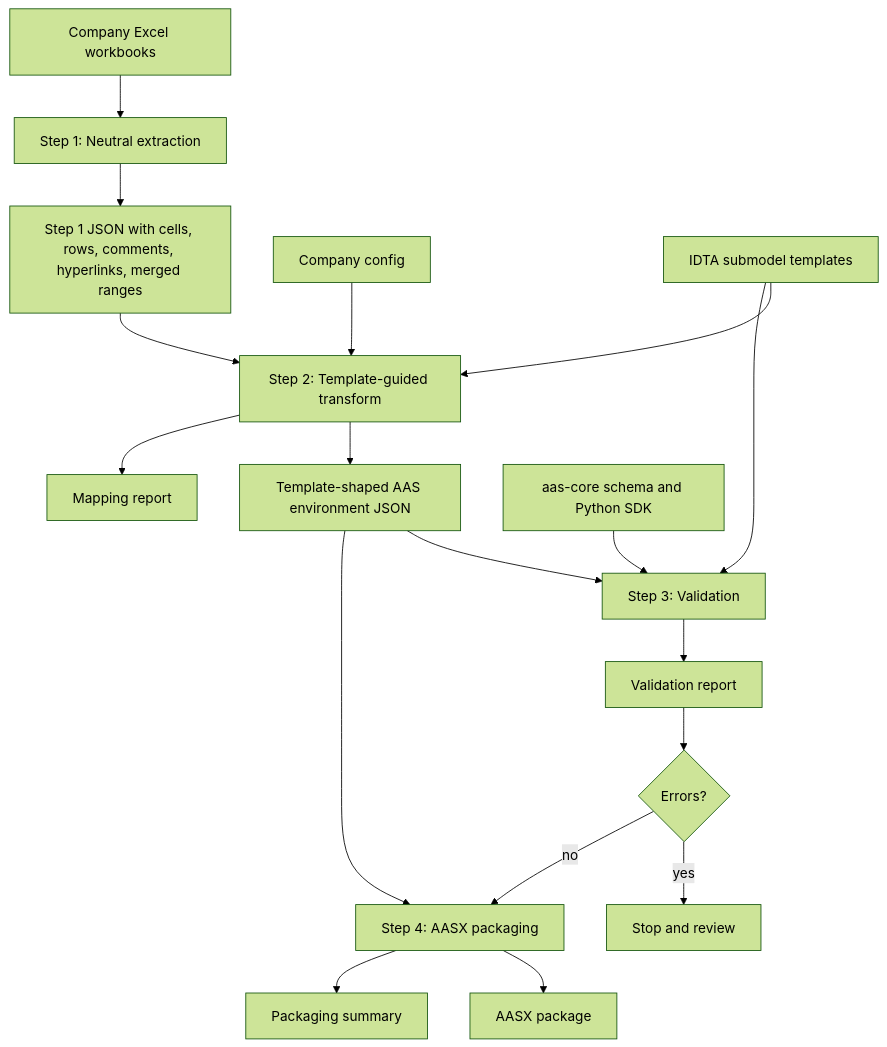
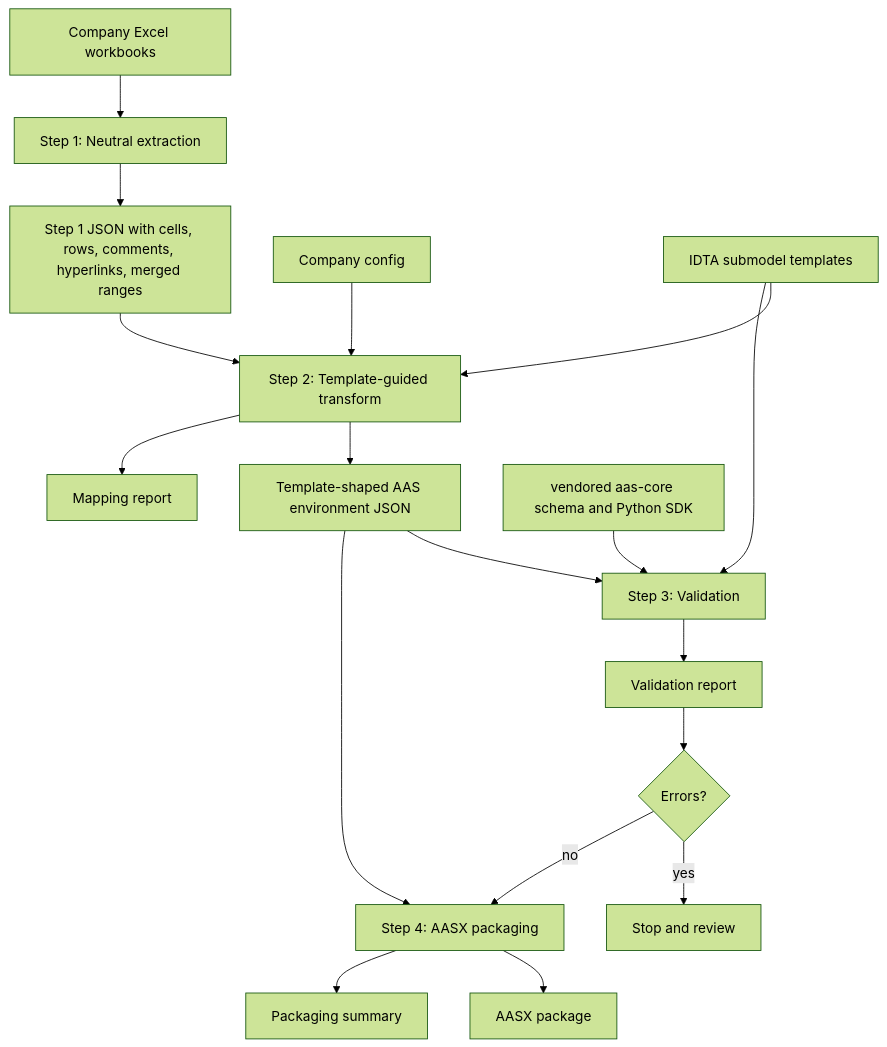
Before and after one commit to pratik-adhikari/excel-to-aasx: the first of 2 diagrams in docs/architecture.md, drawn with Mermaid (forest theme). The commit also changed 717 other files, not shown here.

````diff
--- a/docs/architecture.md
+++ b/docs/architecture.md
@@ -8,20 +8,20 @@
 ```mermaid
 flowchart TD
     A[Company Excel workbooks] --> B[Step 1: Neutral extraction]
     B --> C[Step 1 JSON with cells, rows, comments, hyperlinks, merged ranges]
     C --> D[Step 2: Template-guided transform]
     E[Company config] --> D
     F[IDTA submodel templates] --> D
     D --> G[Template-shaped AAS environment JSON]
     D --> H[Mapping report]
     G --> I[Step 3: Validation]
-    J[aas-core schema and Python SDK] --> I
+    J[vendored aas-core schema and Python SDK] --> I
     F --> I
     I --> K[Validation report]
     K --> L{Errors?}
     L -- yes --> M[Stop and review]
     L -- no --> N[Step 4: AASX packaging]
     G --> N
     N --> O[AASX package]
     N --> P[Packaging summary]
 ```
````
